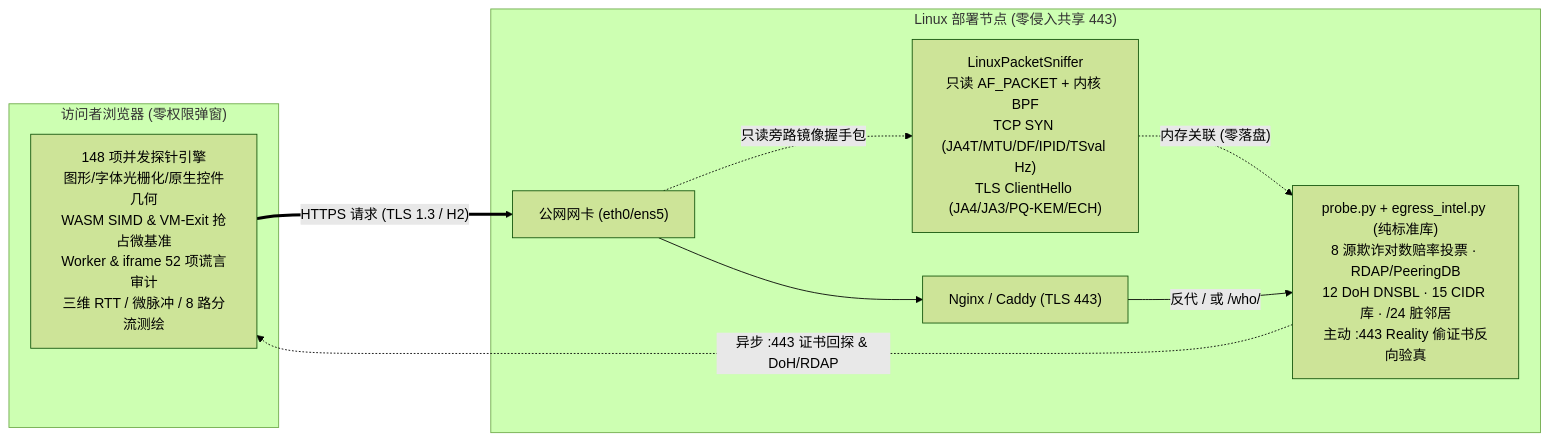
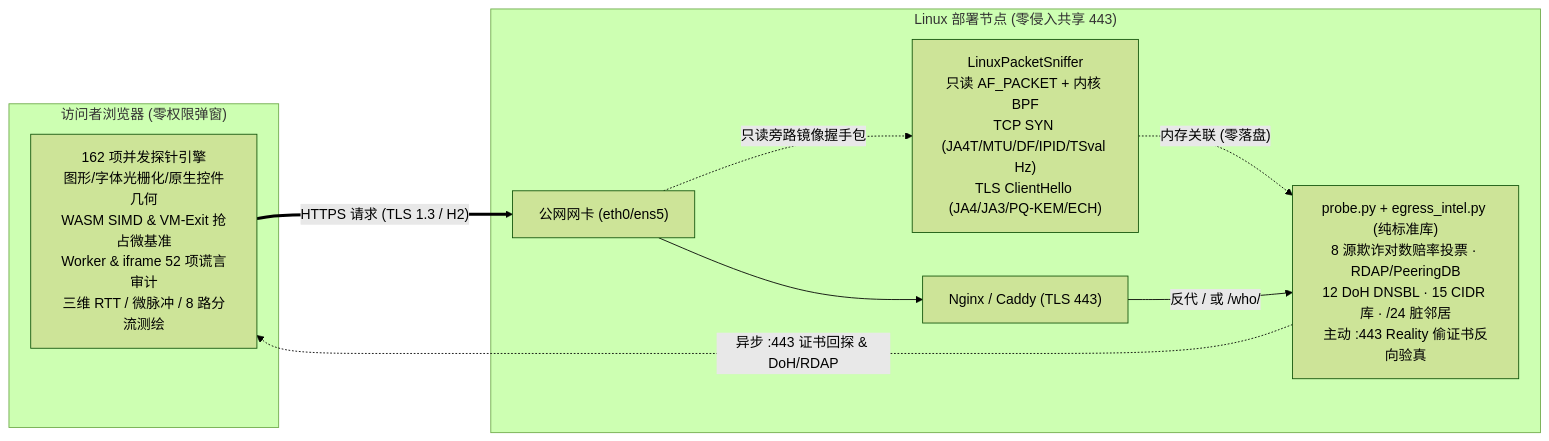
Before and after one commit to zzusec/whoprobe: the diagram in README.md, drawn with Mermaid (forest theme). The commit also changed other lines of this file and 9 other files, not shown here.

Commit message:
feat(probe): add 14 detections incl. exit port back-scan, 18-region light-speed RTT, CDP attach, proxy headers (v7.4.0)

````diff
--- a/README.md
+++ b/README.md
@@ -30,20 +30,20 @@
 ```mermaid
 flowchart LR
   subgraph Client["访问者浏览器 (零权限弹窗)"]
-    JS["148 项并发探针引擎\n图形/字体光栅化/原生控件几何\nWASM SIMD & VM-Exit 抢占微基准\nWorker & iframe 52 项谎言审计\n三维 RTT / 微脉冲 / 8 路分流测绘"]
+    JS["162 项并发探针引擎\n图形/字体光栅化/原生控件几何\nWASM SIMD & VM-Exit 抢占微基准\nWorker & iframe 52 项谎言审计\n三维 RTT / 微脉冲 / 8 路分流测绘"]
   end
 
   subgraph Edge["Linux 部署节点 (零侵入共享 443)"]
     NIC["公网网卡 (eth0/ens5)"]
     NGX["Nginx / Caddy (TLS 443)"]
     BPF["LinuxPacketSniffer\n只读 AF_PACKET + 内核 BPF\nTCP SYN (JA4T/MTU/DF/IPID/TSval Hz)\nTLS ClientHello (JA4/JA3/PQ-KEM/ECH)"]
     APP["probe.py + egress_intel.py (纯标准库)\n8 源欺诈对数赔率投票 · RDAP/PeeringDB\n12 DoH DNSBL · 15 CIDR 库 · /24 脏邻居\n主动 :443 Reality 偷证书反向验真"]
   end
 
   JS == "HTTPS 请求 (TLS 1.3 / H2)" ==> NIC
   NIC --> NGX
   NIC -. "只读旁路镜像握手包" .-> BPF
   BPF -. "内存关联 (零落盘)" .-> APP
   NGX -- "反代 / 或 /who/" --> APP
   APP -. "异步 :443 证书回探 & DoH/RDAP" .-> JS
 ```
````
